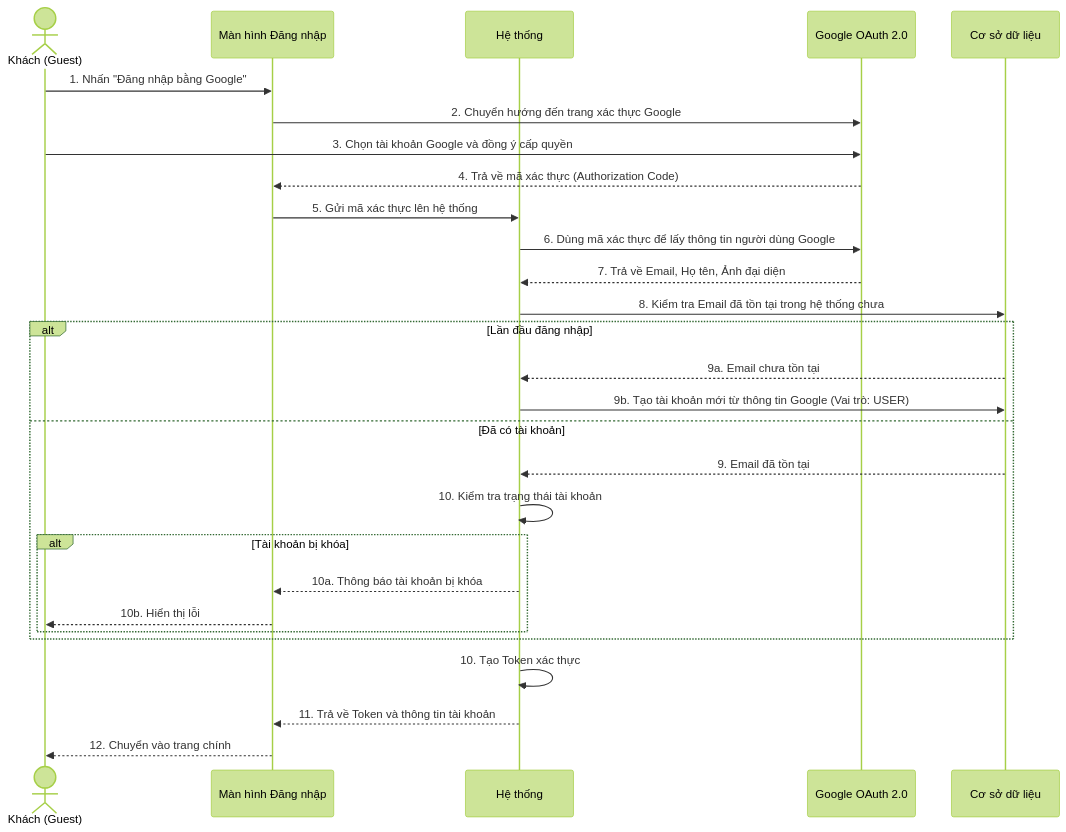
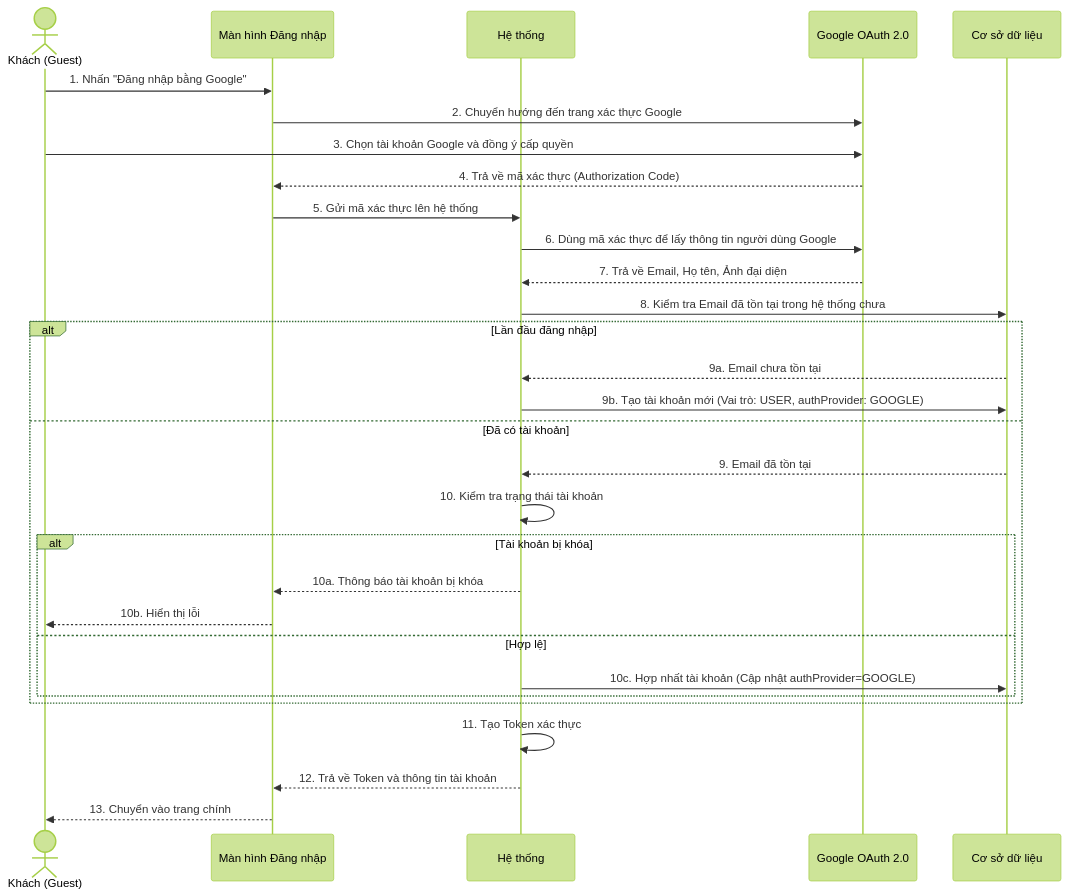
The third of 12 diagrams in doc/system_analysis/sequence diagram/05a_sequence_auth.md (ChuDucAnh21/BE-quan-ly-su-kien), drawn with Mermaid (forest theme) before and after one commit. The commit also changed other lines of this file and 22 other files, not shown here.

````diff
--- a/doc/system_analysis/sequence diagram/05a_sequence_auth.md
+++ b/doc/system_analysis/sequence diagram/05a_sequence_auth.md
@@ -81,31 +81,33 @@
 ```mermaid
 sequenceDiagram
     actor Guest as Khách (Guest)
     participant UI as Màn hình Đăng nhập
     participant HT as Hệ thống
     participant GG as Google OAuth 2.0
     participant DB as Cơ sở dữ liệu
 
     Guest->>UI: 1. Nhấn "Đăng nhập bằng Google"
     UI->>GG: 2. Chuyển hướng đến trang xác thực Google
     Guest->>GG: 3. Chọn tài khoản Google và đồng ý cấp quyền
     GG-->>UI: 4. Trả về mã xác thực (Authorization Code)
     UI->>HT: 5. Gửi mã xác thực lên hệ thống
     HT->>GG: 6. Dùng mã xác thực để lấy thông tin người dùng Google
     GG-->>HT: 7. Trả về Email, Họ tên, Ảnh đại diện
     HT->>DB: 8. Kiểm tra Email đã tồn tại trong hệ thống chưa
     alt Lần đầu đăng nhập
         DB-->>HT: 9a. Email chưa tồn tại
-        HT->>DB: 9b. Tạo tài khoản mới từ thông tin Google (Vai trò: USER)
+        HT->>DB: 9b. Tạo tài khoản mới (Vai trò: USER, authProvider: GOOGLE)
     else Đã có tài khoản
         DB-->>HT: 9. Email đã tồn tại
         HT->>HT: 10. Kiểm tra trạng thái tài khoản
         alt Tài khoản bị khóa
             HT-->>UI: 10a. Thông báo tài khoản bị khóa
             UI-->>Guest: 10b. Hiển thị lỗi
+        else Hợp lệ
+            HT->>DB: 10c. Hợp nhất tài khoản (Cập nhật authProvider=GOOGLE)
         end
     end
-    HT->>HT: 10. Tạo Token xác thực
-    HT-->>UI: 11. Trả về Token và thông tin tài khoản
-    UI-->>Guest: 12. Chuyển vào trang chính
+    HT->>HT: 11. Tạo Token xác thực
+    HT-->>UI: 12. Trả về Token và thông tin tài khoản
+    UI-->>Guest: 13. Chuyển vào trang chính
 ```
````
